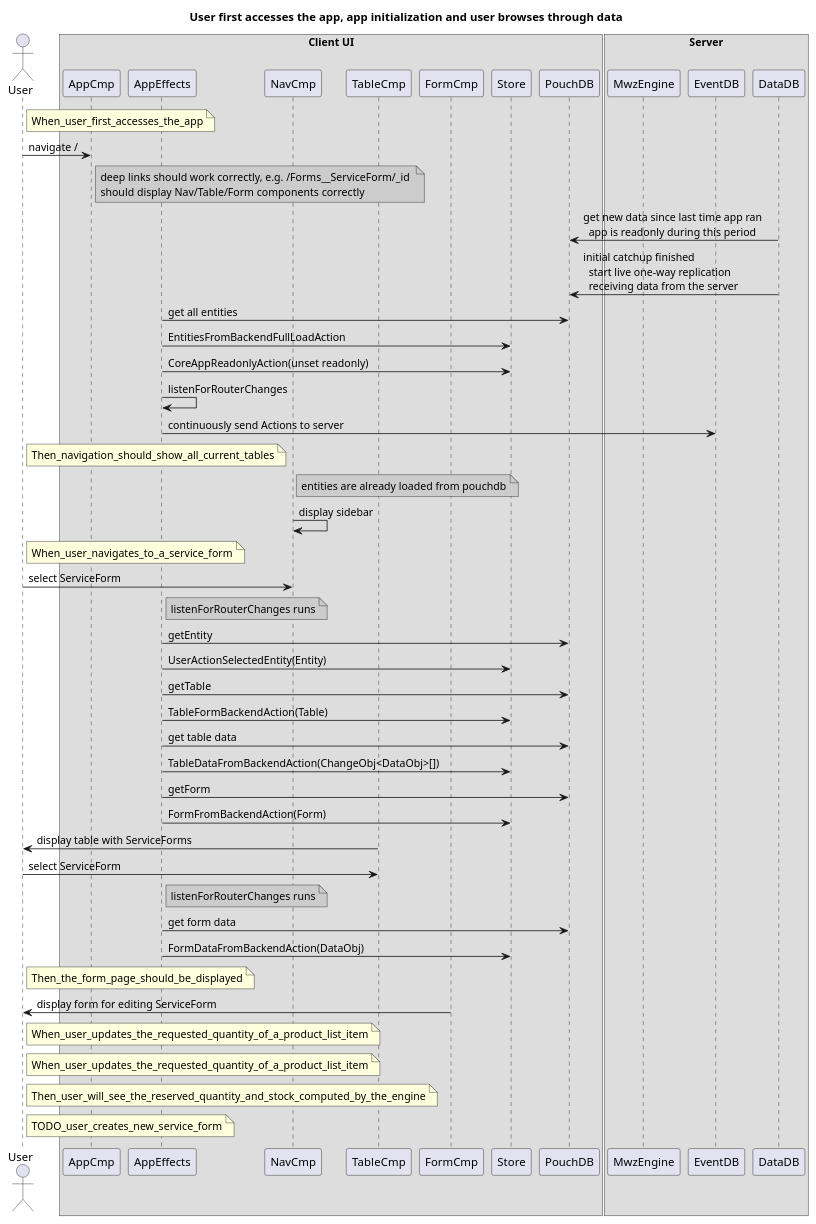
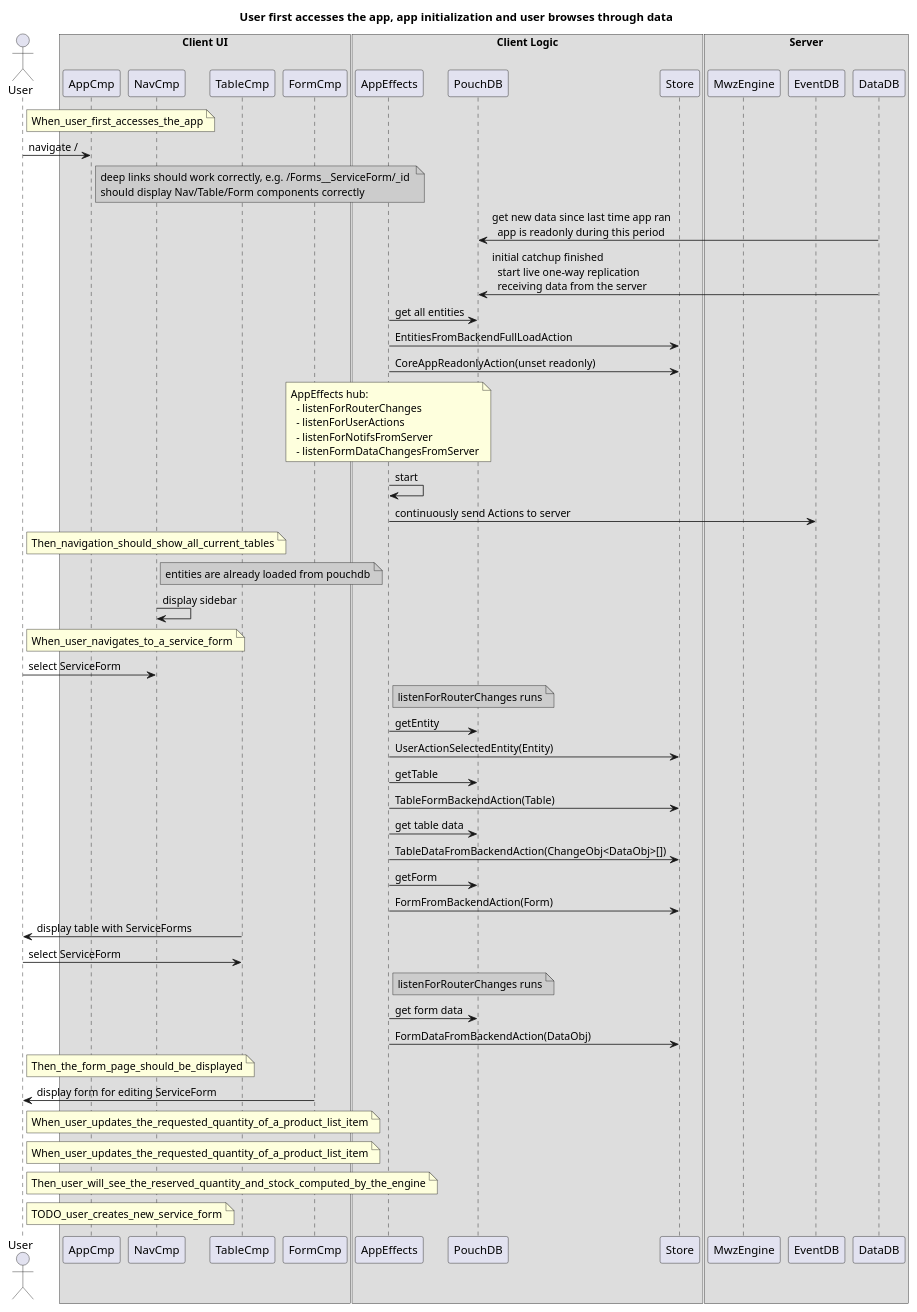
One commit to formuladb/poc1 changed the diagram in docs/init_and_view_flows.puml. Above: the diagram before and after it, drawn with PlantUML. The commit also changed 16 other files, not shown here.

```diff
--- a/docs/init_and_view_flows.puml
+++ b/docs/init_and_view_flows.puml
@@ -1,72 +1,81 @@
 @startuml init_and_view_flows
 
 title User first accesses the app, app initialization and user browses through data
 
 actor User
 box "Client UI"
     participant AppCmp
-    participant AppEffects
     participant NavCmp
     participant TableCmp
     participant FormCmp
+end box
+box "Client Logic"
+    participant AppEffects
+    participant PouchDB
     participant Store
-    participant PouchDB
 end box
 box "Server"
     participant MwzEngine
     participant EventDB
     participant DataDB
 end box
 
 note right of User: When_user_first_accesses_the_app
 User -> AppCmp: navigate /
 note right of AppCmp #CCCCCC
 deep links should work correctly, e.g. /Forms__ServiceForm/_id 
 should display Nav/Table/Form components correctly
 end note
 
 PouchDB <- DataDB: get new data since last time app ran\n\
   app is readonly during this period
 PouchDB <- DataDB: initial catchup finished\n\
   start live one-way replication\n\
   receiving data from the server
 
 AppEffects -> PouchDB: get all entities
 AppEffects -> Store: EntitiesFromBackendFullLoadAction
 AppEffects -> Store: CoreAppReadonlyAction(unset readonly)
-AppEffects -> AppEffects: listenForRouterChanges
+note over AppEffects
+AppEffects hub:
+  - listenForRouterChanges
+  - listenForUserActions
+  - listenForNotifsFromServer
+  - listenFormDataChangesFromServer
+end note
+AppEffects -> AppEffects: start
 AppEffects -> EventDB: continuously send Actions to server
 
 note right of User: Then_navigation_should_show_all_current_tables
 note right of NavCmp #CCCCCC: entities are already loaded from pouchdb
 NavCmp -> NavCmp: display sidebar
 
 note right of User: When_user_navigates_to_a_service_form
 
 User -> NavCmp: select ServiceForm
 note right of AppEffects #CCCCCC: listenForRouterChanges runs
 AppEffects -> PouchDB: getEntity
 AppEffects -> Store: UserActionSelectedEntity(Entity)
 AppEffects -> PouchDB: getTable
 AppEffects -> Store: TableFormBackendAction(Table)
 AppEffects -> PouchDB: get table data
 AppEffects -> Store: TableDataFromBackendAction(ChangeObj<DataObj>[])
 AppEffects -> PouchDB: getForm
 AppEffects -> Store: FormFromBackendAction(Form)
 
 User <- TableCmp: display table with ServiceForms
 User -> TableCmp: select ServiceForm
 
 note right of AppEffects #CCCCCC: listenForRouterChanges runs
 AppEffects -> PouchDB: get form data
 AppEffects -> Store: FormDataFromBackendAction(DataObj)
 
 note right of User: Then_the_form_page_should_be_displayed
 User <- FormCmp: display form for editing ServiceForm
 
 note right of User: When_user_updates_the_requested_quantity_of_a_product_list_item
 note right of User: When_user_updates_the_requested_quantity_of_a_product_list_item
 note right of User: Then_user_will_see_the_reserved_quantity_and_stock_computed_by_the_engine
 note right of User: TODO_user_creates_new_service_form
 
 @enduml
```
